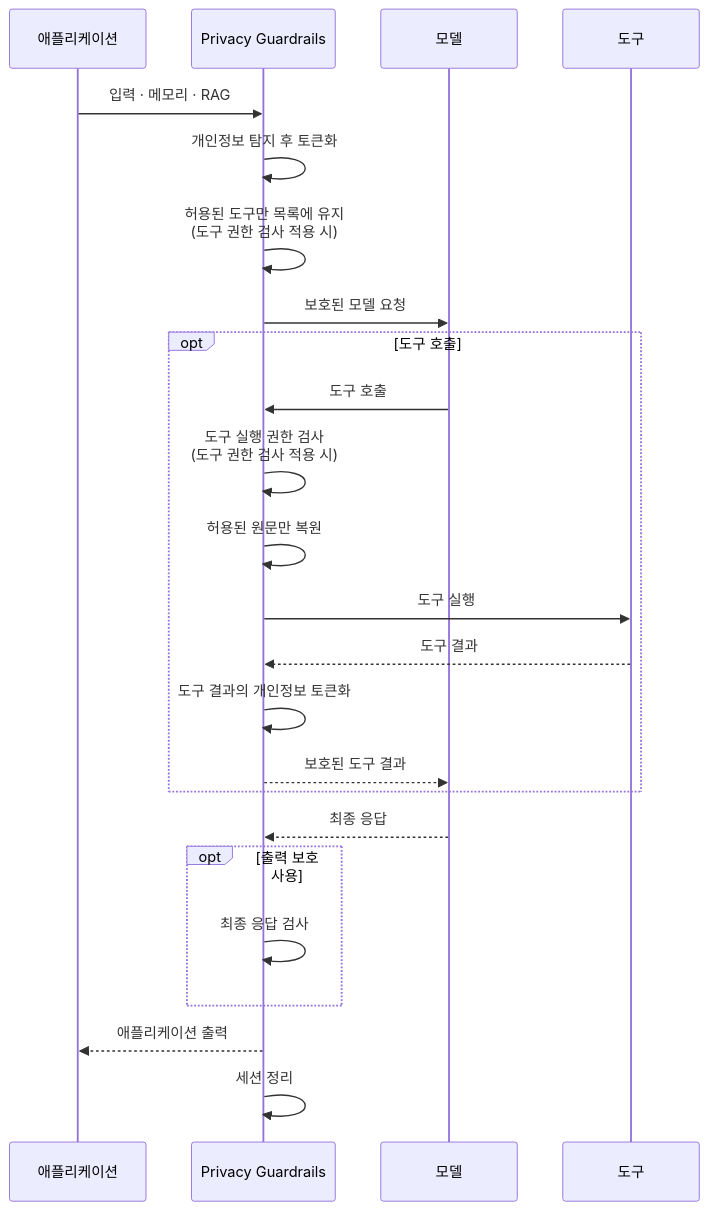
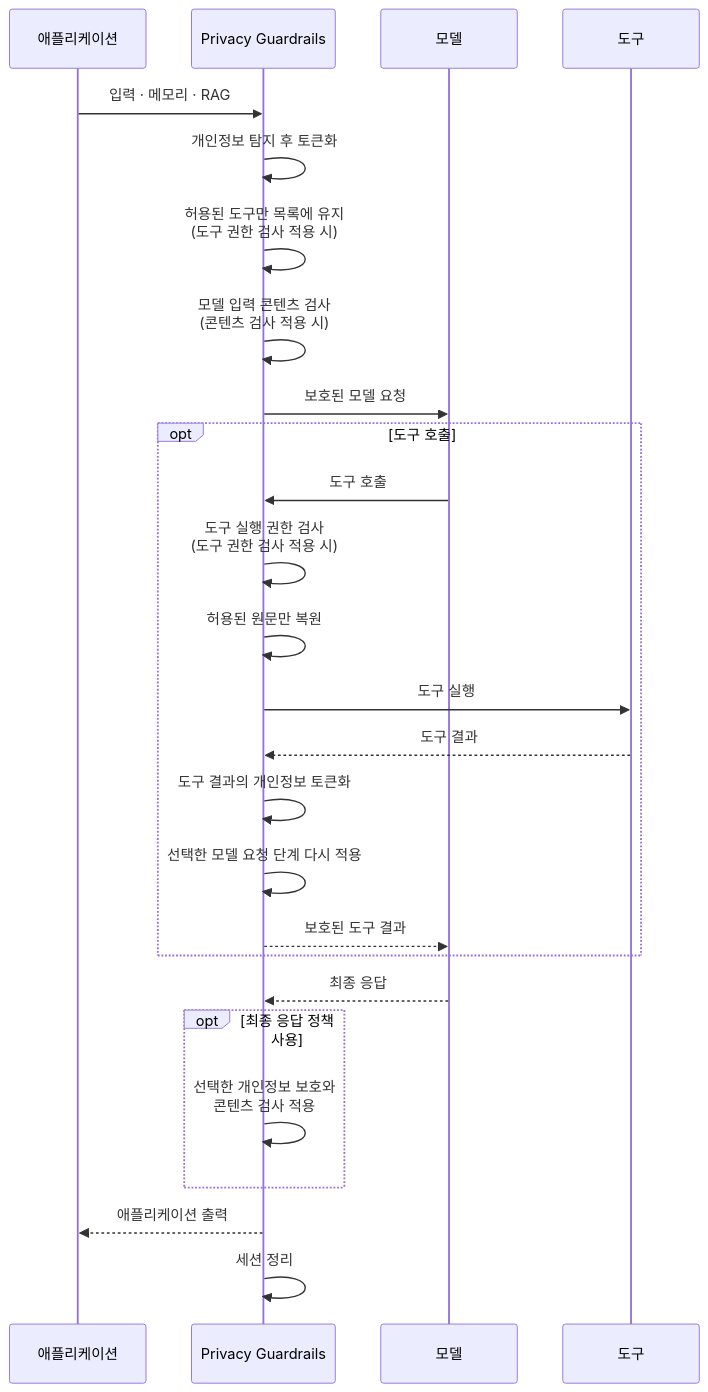
Before and after one commit to ultramancode/spring-ai-privacy-guardrails: the fourth of 5 diagrams in docs/ko/architecture.md, drawn with Mermaid. The commit also changed other lines of this file and 51 other files, not shown here.

````diff
--- a/docs/ko/architecture.md
+++ b/docs/ko/architecture.md
@@ -172,35 +196,38 @@
 ```mermaid
 sequenceDiagram
     participant A as 애플리케이션
     participant P as Privacy Guardrails
     participant M as 모델
     participant T as 도구
 
     A->>P: 입력 · 메모리 · RAG
     P->>P: 개인정보 탐지 후 토큰화
 
     P->>P: 허용된 도구만 목록에 유지<br/>(도구 권한 검사 적용 시)
 
+    P->>P: 모델 입력 콘텐츠 검사<br/>(콘텐츠 검사 적용 시)
+
     P->>M: 보호된 모델 요청
 
     opt 도구 호출
         M->>P: 도구 호출
 
         P->>P: 도구 실행 권한 검사<br/>(도구 권한 검사 적용 시)
 
         P->>P: 허용된 원문만 복원
         P->>T: 도구 실행
         T-->>P: 도구 결과
         P->>P: 도구 결과의 개인정보 토큰화
+        P->>P: 선택한 모델 요청 단계 다시 적용
         P-->>M: 보호된 도구 결과
     end
 
     M-->>P: 최종 응답
 
-    opt 출력 보호 사용
-        P->>P: 최종 응답 검사
+    opt 최종 응답 정책 사용
+        P->>P: 선택한 개인정보 보호와<br/>콘텐츠 검사 적용
     end
 
     P-->>A: 애플리케이션 출력
     P->>P: 세션 정리
 ```
````
